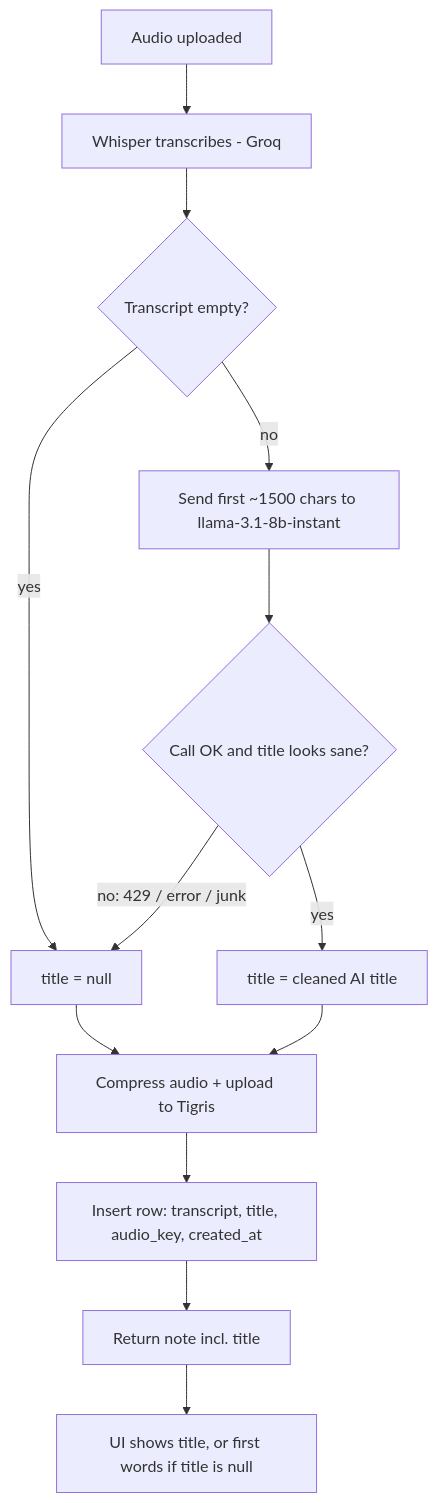
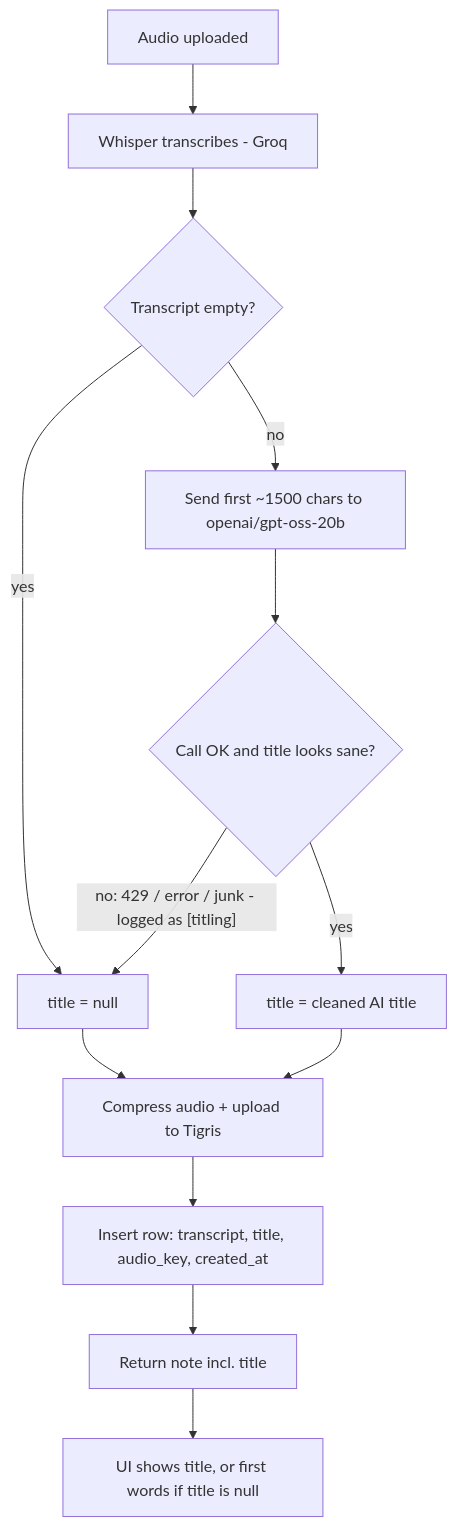
One commit to Specterr07/applewatchtriggers changed the first of 2 diagrams in docs/features/notes-first-ai-titles.md. Above: the diagram before and after it, drawn with Mermaid. The commit also changed other lines of this file and 5 other files, not shown here.

First line of the commit message:
fix: note titles - switch to openai/gpt-oss-20b and log failures

````diff
--- a/docs/features/notes-first-ai-titles.md
+++ b/docs/features/notes-first-ai-titles.md
@@ -68,15 +68,15 @@
 ```mermaid
 flowchart TD
     A[Audio uploaded] --> B[Whisper transcribes - Groq]
     B --> C{Transcript empty?}
     C -- yes --> T0[title = null]
-    C -- no --> D[Send first ~1500 chars to llama-3.1-8b-instant]
+    C -- no --> D[Send first ~1500 chars to openai/gpt-oss-20b]
     D --> E{Call OK and title looks sane?}
     E -- yes --> T1[title = cleaned AI title]
-    E -- no: 429 / error / junk --> T0
+    E -- no: 429 / error / junk - logged as [titling] --> T0
     T0 --> F[Compress audio + upload to Tigris]
     T1 --> F
     F --> G[Insert row: transcript, title, audio_key, created_at]
     G --> H[Return note incl. title]
     H --> I[UI shows title, or first words if title is null]
 ```
````
